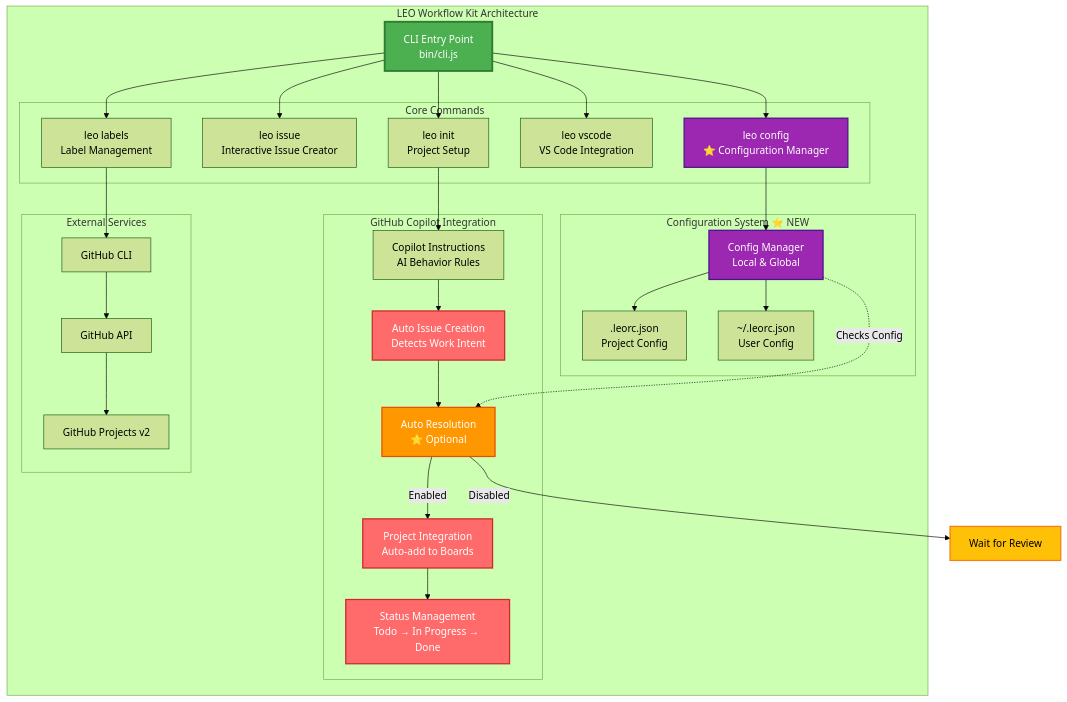
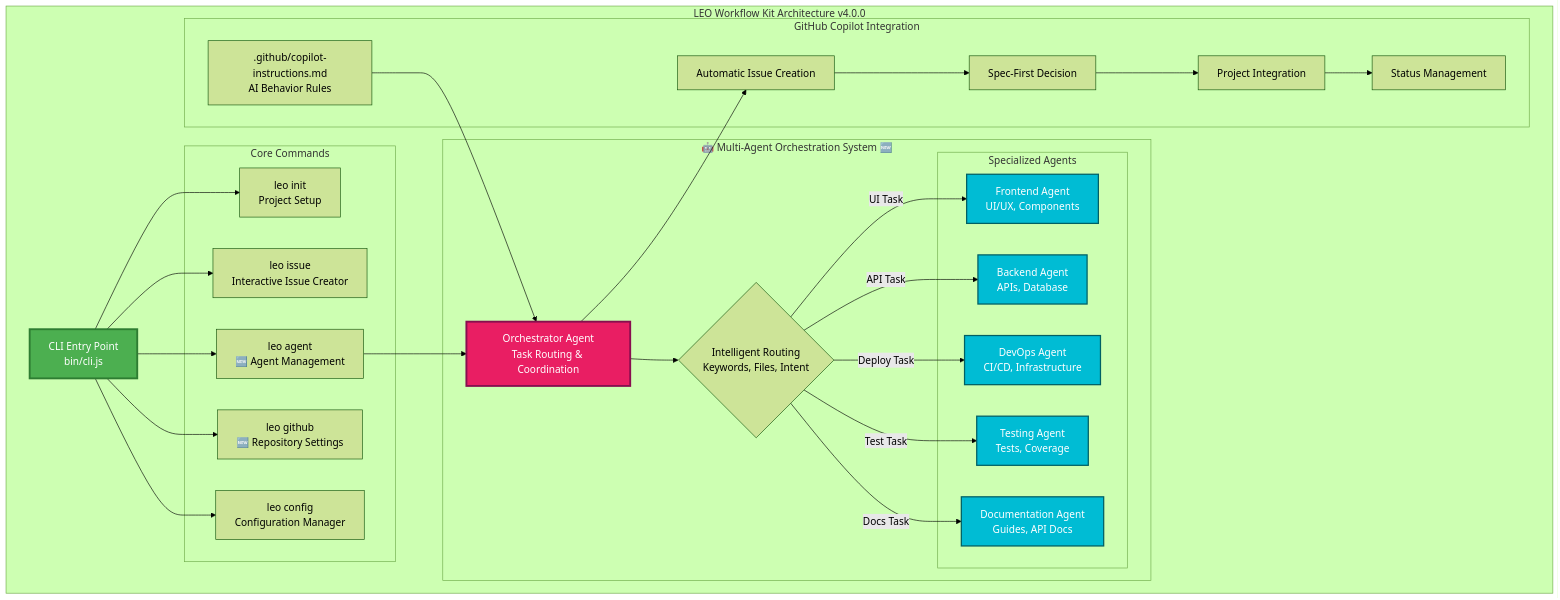
Before and after one commit to leopagotto/ingvar-kit: the first of 2 diagrams in README.md, drawn with Mermaid (forest theme). The commit also changed other lines of this file, not shown here.

````diff
--- a/README.md
+++ b/README.md
@@ -82,66 +116,64 @@
 ```mermaid
 graph TB
-    subgraph "LEO Workflow Kit Architecture"
+    subgraph "LEO Workflow Kit Architecture v4.0.0"
         CLI[CLI Entry Point<br/>bin/cli.js]
 
         subgraph "Core Commands"
             INIT[leo init<br/>Project Setup]
             ISSUE[leo issue<br/>Interactive Issue Creator]
-            LABELS[leo labels<br/>Label Management]
-            VSCODE[leo vscode<br/>VS Code Integration]
-            CONFIG[leo config<br/>⭐ Configuration Manager]
+            AGENT[leo agent<br/>🆕 Agent Management]
+            GITHUB[leo github<br/>🆕 Repository Settings]
+            CONFIG[leo config<br/>Configuration Manager]
         end
 
-        subgraph "Configuration System ⭐ NEW"
-            CONFIG_MGR[Config Manager<br/>Local & Global]
-            LOCAL_CFG[.leorc.json<br/>Project Config]
-            GLOBAL_CFG[~/.leorc.json<br/>User Config]
-            CONFIG_MGR --> LOCAL_CFG
-            CONFIG_MGR --> GLOBAL_CFG
+        subgraph "🤖 Multi-Agent Orchestration System 🆕"
+            ORCHESTRATOR[Orchestrator Agent<br/>Task Routing & Coordination]
+
+            subgraph "Specialized Agents"
+                FRONTEND[Frontend Agent<br/>UI/UX, Components]
+                BACKEND[Backend Agent<br/>APIs, Database]
+                DEVOPS[DevOps Agent<br/>CI/CD, Infrastructure]
+                TESTING[Testing Agent<br/>Tests, Coverage]
+                DOCS[Documentation Agent<br/>Guides, API Docs]
+            end
+
+            AGENT_ROUTING{Intelligent Routing<br/>Keywords, Files, Intent}
+
+            ORCHESTRATOR --> AGENT_ROUTING
+            AGENT_ROUTING -->|UI Task| FRONTEND
+            AGENT_ROUTING -->|API Task| BACKEND
+            AGENT_ROUTING -->|Deploy Task| DEVOPS
+            AGENT_ROUTING -->|Test Task| TESTING
+            AGENT_ROUTING -->|Docs Task| DOCS
         end
 
         subgraph "GitHub Copilot Integration"
-            COPILOT_INST[Copilot Instructions<br/>AI Behavior Rules]
-            AUTO_ISSUE[Auto Issue Creation<br/>Detects Work Intent]
-            AUTO_RESOLVE[Auto Resolution<br/>⭐ Optional]
-            AUTO_PROJECT[Project Integration<br/>Auto-add to Boards]
-            AUTO_STATUS[Status Management<br/>Todo → In Progress → Done]
-        end
-
-        subgraph "External Services"
-            GH[GitHub CLI]
-            GHAPI[GitHub API]
-            GHPROJECTS[GitHub Projects v2]
+            COPILOT_INST[.github/copilot-instructions.md<br/>AI Behavior Rules]
+            AUTO_ISSUE[Automatic Issue Creation]
+            SPEC_DECISION[Spec-First Decision]
+            AUTO_PROJECT[Project Integration]
+            AUTO_STATUS[Status Management]
         end
     end
 
     CLI --> INIT
     CLI --> ISSUE
-    CLI --> LABELS
-    CLI --> VSCODE
+    CLI --> AGENT
+    CLI --> GITHUB
     CLI --> CONFIG
 
-    CONFIG --> CONFIG_MGR
-
-    INIT --> COPILOT_INST
-    COPILOT_INST --> AUTO_ISSUE
-    AUTO_ISSUE --> AUTO_RESOLVE
-    AUTO_RESOLVE -->|Enabled| AUTO_PROJECT
-    AUTO_RESOLVE -->|Disabled| WAIT[Wait for Review]
+    AGENT --> ORCHESTRATOR
+    COPILOT_INST --> ORCHESTRATOR
+    ORCHESTRATOR --> AUTO_ISSUE
+    AUTO_ISSUE --> SPEC_DECISION
+    SPEC_DECISION --> AUTO_PROJECT
     AUTO_PROJECT --> AUTO_STATUS
 
-    CONFIG_MGR -.->|Checks Config| AUTO_RESOLVE
-
-    LABELS --> GH
-    GH --> GHAPI
-    GHAPI --> GHPROJECTS
-
     style CLI fill:#4CAF50,stroke:#2E7D32,stroke-width:3px,color:#fff
-    style CONFIG fill:#9C27B0,stroke:#4A148C,stroke-width:2px,color:#fff
-    style CONFIG_MGR fill:#9C27B0,stroke:#4A148C,stroke-width:2px,color:#fff
-    style AUTO_ISSUE fill:#FF6B6B,stroke:#C92A2A,stroke-width:2px,color:#fff
-    style AUTO_RESOLVE fill:#FF9800,stroke:#E65100,stroke-width:2px,color:#fff
-    style AUTO_PROJECT fill:#FF6B6B,stroke:#C92A2A,stroke-width:2px,color:#fff
-    style AUTO_STATUS fill:#FF6B6B,stroke:#C92A2A,stroke-width:2px,color:#fff
-    style WAIT fill:#FFC107,stroke:#F57F17,stroke-width:2px,color:#000
+    style ORCHESTRATOR fill:#E91E63,stroke:#880E4F,stroke-width:3px,color:#fff
+    style FRONTEND fill:#00BCD4,stroke:#006064,stroke-width:2px,color:#fff
+    style BACKEND fill:#00BCD4,stroke:#006064,stroke-width:2px,color:#fff
+    style DEVOPS fill:#00BCD4,stroke:#006064,stroke-width:2px,color:#fff
+    style TESTING fill:#00BCD4,stroke:#006064,stroke-width:2px,color:#fff
+    style DOCS fill:#00BCD4,stroke:#006064,stroke-width:2px,color:#fff
 ```
````
